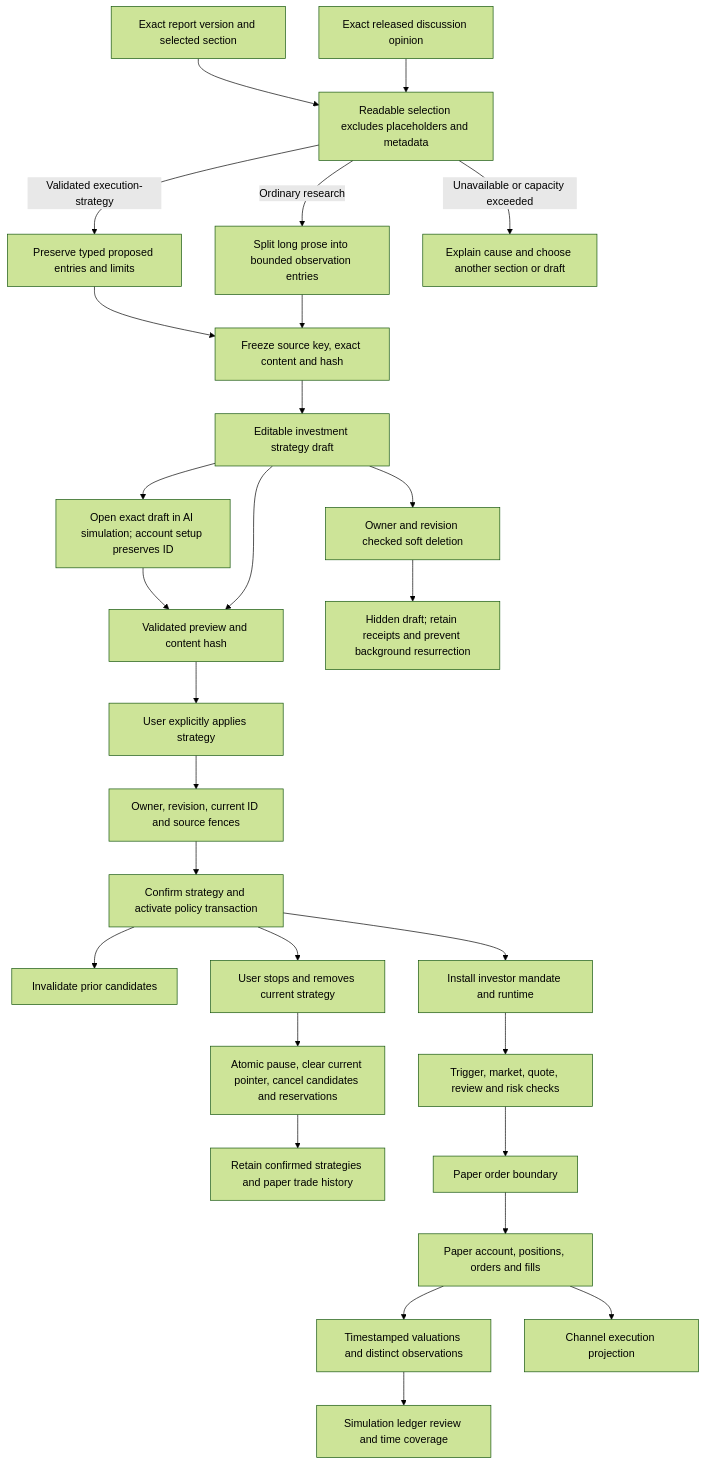
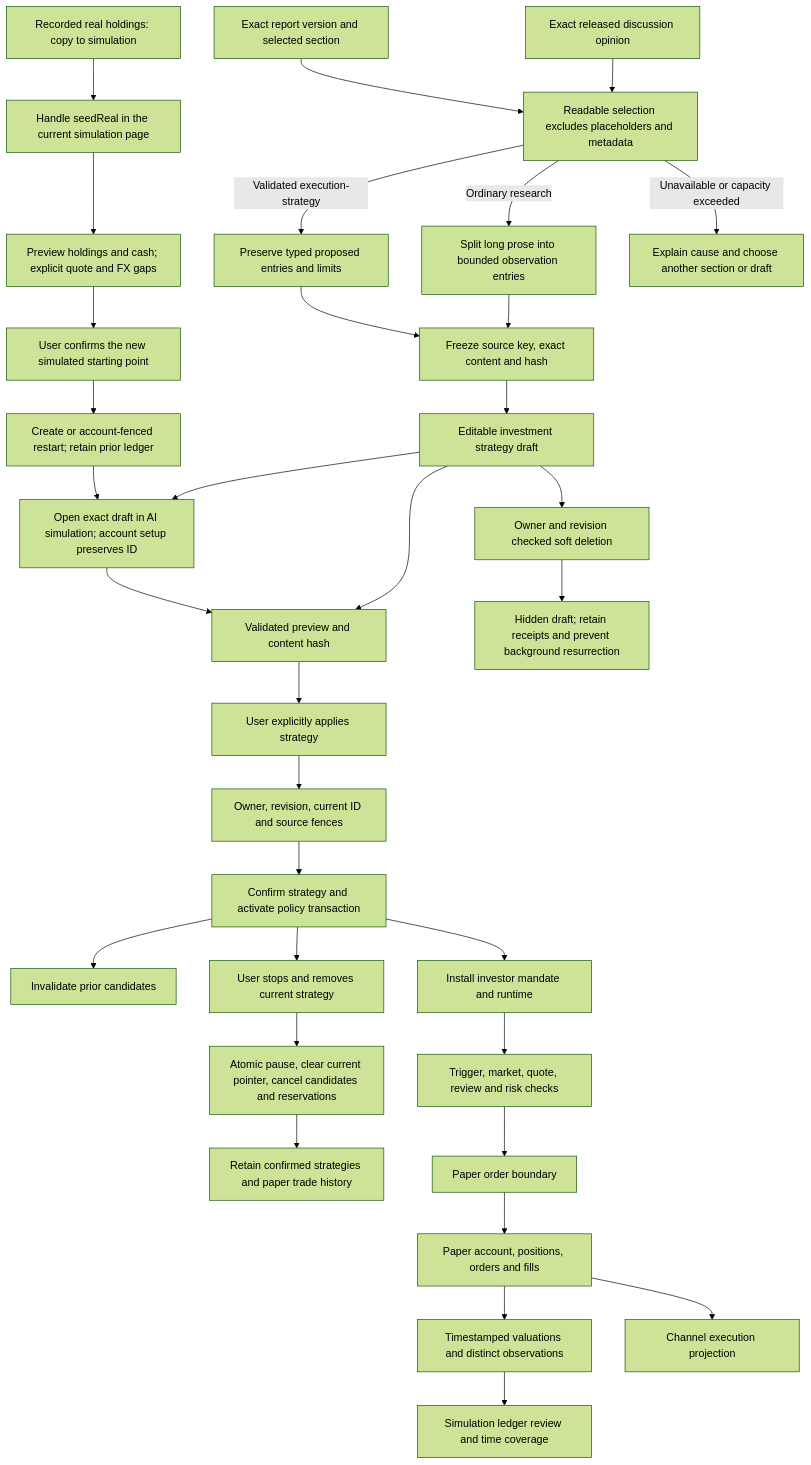
The third of 5 diagrams in docs/architecture.md (Lueyu/squabble), drawn with Mermaid (forest theme) before and after one commit. The commit also changed other lines of this file and 16 other files, not shown here.

First line of the commit message:
fix: restore native research and real holdings copy to simulation (#86)

````diff
--- a/docs/architecture.md
+++ b/docs/architecture.md
@@ -111,30 +115,35 @@
 ```mermaid
 flowchart TD
+    realHoldings["Recorded real holdings: copy to simulation"] --> seedRoute["Handle seedReal in the current simulation page"]
+    seedRoute --> seedPreview["Preview holdings and cash; explicit quote and FX gaps"]
+    seedPreview --> seedConfirm["User confirms the new simulated starting point"]
+    seedConfirm --> accountSetup["Create or account-fenced restart; retain prior ledger"]
+    accountSetup --> destination
     source["Exact report version and selected section"] --> readable["Readable selection excludes placeholders and metadata"]
     opinion["Exact released discussion opinion"] --> readable
     readable -->|"Validated execution-strategy"| typed["Preserve typed proposed entries and limits"]
     readable -->|"Ordinary research"| observation["Split long prose into bounded observation entries"]
     typed --> import["Freeze source key, exact content and hash"]
     observation --> import
     readable -->|"Unavailable or capacity exceeded"| reselect["Explain cause and choose another section or draft"]
     import --> draft["Editable investment strategy draft"]
     draft --> destination["Open exact draft in AI simulation; account setup preserves ID"]
     destination --> preview
     draft --> removeDraft["Owner and revision checked soft deletion"]
     removeDraft --> tombstone["Hidden draft; retain receipts and prevent background resurrection"]
     draft --> preview["Validated preview and content hash"]
     preview --> userApply["User explicitly applies strategy"]
     userApply --> fence["Owner, revision, current ID and source fences"]
     fence --> atomic["Confirm strategy and activate policy transaction"]
     atomic --> cancel["Invalidate prior candidates"]
     atomic --> runtime["Install investor mandate and runtime"]
     atomic --> removeCurrent["User stops and removes current strategy"]
     removeCurrent --> stopped["Atomic pause, clear current pointer, cancel candidates and reservations"]
     stopped --> history["Retain confirmed strategies and paper trade history"]
     runtime --> evaluate["Trigger, market, quote, review and risk checks"]
     evaluate --> order["Paper order boundary"]
     order --> paper["Paper account, positions, orders and fills"]
     paper --> observations["Timestamped valuations and distinct observations"]
     observations --> review["Simulation ledger review and time coverage"]
     paper --> projection["Channel execution projection"]
 ```
````
